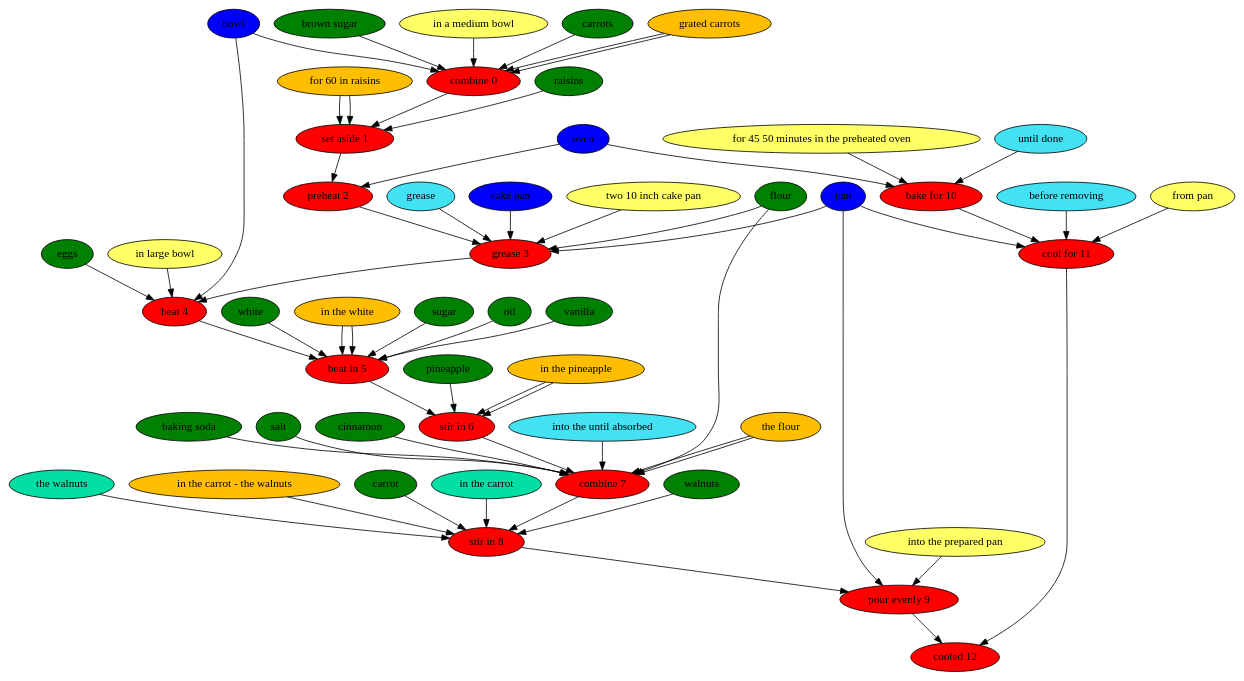
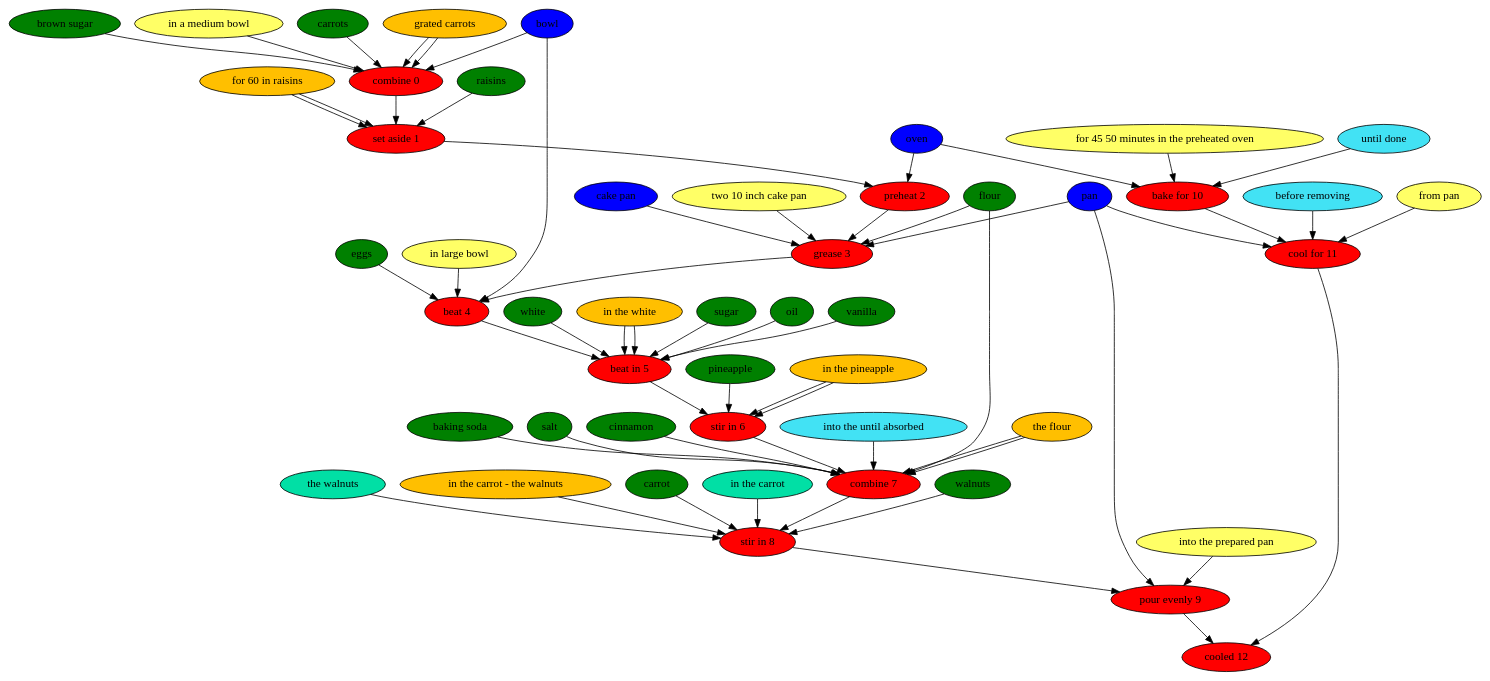
The diagram in results/paper/best-carrot-cake-ever.dot (can-keklik/RecipePostagger), drawn with Graphviz before and after one commit. The commit also changed 70 other files, not shown here.

```diff
--- a/results/paper/best-carrot-cake-ever.dot
+++ b/results/paper/best-carrot-cake-ever.dot
@@ -1,121 +1,119 @@
 digraph G {
 "combine 0" [style=filled, fillcolor=red];
 carrots [style=filled, fillcolor=green];
 carrots -> "combine 0";
 "grated carrots" [style=filled, fillcolor="#01DFA5"];
 "grated carrots" -> "combine 0";
 "brown sugar" [style=filled, fillcolor=green];
 "brown sugar" -> "combine 0";
 bowl [style=filled, fillcolor="#0000ff"];
 bowl -> "combine 0";
 "in a medium bowl" [style=filled, fillcolor="#ffff66"];
 "in a medium bowl" -> "combine 0";
 "grated carrots" [style=filled, fillcolor="#FFBF00"];
 "grated carrots" -> "combine 0";
 "set aside 1" [style=filled, fillcolor=red];
 raisins [style=filled, fillcolor=green];
 raisins -> "set aside 1";
 "for 60 in raisins" [style=filled, fillcolor="#01DFA5"];
 "for 60 in raisins" -> "set aside 1";
 "for 60 in raisins" [style=filled, fillcolor="#FFBF00"];
 "for 60 in raisins" -> "set aside 1";
 "preheat 2" [style=filled, fillcolor=red];
 oven [style=filled, fillcolor="#0000ff"];
 oven -> "preheat 2";
 "grease 3" [style=filled, fillcolor=red];
-grease [style=filled, fillcolor="#42e2f4"];
-grease -> "grease 3";
 flour [style=filled, fillcolor=green];
 flour -> "grease 3";
 "cake pan" [style=filled, fillcolor="#0000ff"];
 "cake pan" -> "grease 3";
 "two 10 inch cake pan" [style=filled, fillcolor="#ffff66"];
 "two 10 inch cake pan" -> "grease 3";
 pan [style=filled, fillcolor="#0000ff"];
 pan -> "grease 3";
 "beat 4" [style=filled, fillcolor=red];
 eggs [style=filled, fillcolor=green];
 eggs -> "beat 4";
 bowl [style=filled, fillcolor="#0000ff"];
 bowl -> "beat 4";
 "in large bowl" [style=filled, fillcolor="#ffff66"];
 "in large bowl" -> "beat 4";
 "beat in 5" [style=filled, fillcolor=red];
 white [style=filled, fillcolor=green];
 white -> "beat in 5";
 "in the white" [style=filled, fillcolor="#01DFA5"];
 "in the white" -> "beat in 5";
 sugar [style=filled, fillcolor=green];
 sugar -> "beat in 5";
 oil [style=filled, fillcolor=green];
 oil -> "beat in 5";
 vanilla [style=filled, fillcolor=green];
 vanilla -> "beat in 5";
 "in the white" [style=filled, fillcolor="#FFBF00"];
 "in the white" -> "beat in 5";
 "stir in 6" [style=filled, fillcolor=red];
 pineapple [style=filled, fillcolor=green];
 pineapple -> "stir in 6";
 "in the pineapple" [style=filled, fillcolor="#01DFA5"];
 "in the pineapple" -> "stir in 6";
 "in the pineapple" [style=filled, fillcolor="#FFBF00"];
 "in the pineapple" -> "stir in 6";
 "combine 7" [style=filled, fillcolor=red];
 "into the until absorbed" [style=filled, fillcolor="#42e2f4"];
 "into the until absorbed" -> "combine 7";
 flour [style=filled, fillcolor=green];
 flour -> "combine 7";
 "the flour" [style=filled, fillcolor="#01DFA5"];
 "the flour" -> "combine 7";
 "baking soda" [style=filled, fillcolor=green];
 "baking soda" -> "combine 7";
 salt [style=filled, fillcolor=green];
 salt -> "combine 7";
 cinnamon [style=filled, fillcolor=green];
 cinnamon -> "combine 7";
 "the flour" [style=filled, fillcolor="#FFBF00"];
 "the flour" -> "combine 7";
 "stir in 8" [style=filled, fillcolor=red];
 carrot [style=filled, fillcolor=green];
 carrot -> "stir in 8";
 "in the carrot" [style=filled, fillcolor="#01DFA5"];
 "in the carrot" -> "stir in 8";
 walnuts [style=filled, fillcolor=green];
 walnuts -> "stir in 8";
 "the walnuts" [style=filled, fillcolor="#01DFA5"];
 "the walnuts" -> "stir in 8";
 "in the carrot - the walnuts" [style=filled, fillcolor="#FFBF00"];
 "in the carrot - the walnuts" -> "stir in 8";
 "pour evenly 9" [style=filled, fillcolor=red];
 pan [style=filled, fillcolor="#0000ff"];
 pan -> "pour evenly 9";
 "into the prepared pan" [style=filled, fillcolor="#ffff66"];
 "into the prepared pan" -> "pour evenly 9";
 "bake for 10" [style=filled, fillcolor=red];
 "until done" [style=filled, fillcolor="#42e2f4"];
 "until done" -> "bake for 10";
 oven [style=filled, fillcolor="#0000ff"];
 oven -> "bake for 10";
 "for 45 50 minutes in the preheated oven" [style=filled, fillcolor="#ffff66"];
 "for 45 50 minutes in the preheated oven" -> "bake for 10";
 "cool for 11" [style=filled, fillcolor=red];
 "before removing" [style=filled, fillcolor="#42e2f4"];
 "before removing" -> "cool for 11";
 pan [style=filled, fillcolor="#0000ff"];
 pan -> "cool for 11";
 "from pan" [style=filled, fillcolor="#ffff66"];
 "from pan" -> "cool for 11";
 "cooled 12" [style=filled, fillcolor=red];
 "combine 0" -> "set aside 1";
 "set aside 1" -> "preheat 2";
 "preheat 2" -> "grease 3";
 "grease 3" -> "beat 4";
 "beat 4" -> "beat in 5";
 "beat in 5" -> "stir in 6";
 "stir in 6" -> "combine 7";
 "combine 7" -> "stir in 8";
 "stir in 8" -> "pour evenly 9";
 "pour evenly 9" -> "cooled 12";
 "bake for 10" -> "cool for 11";
 "cool for 11" -> "cooled 12";
 }
```
